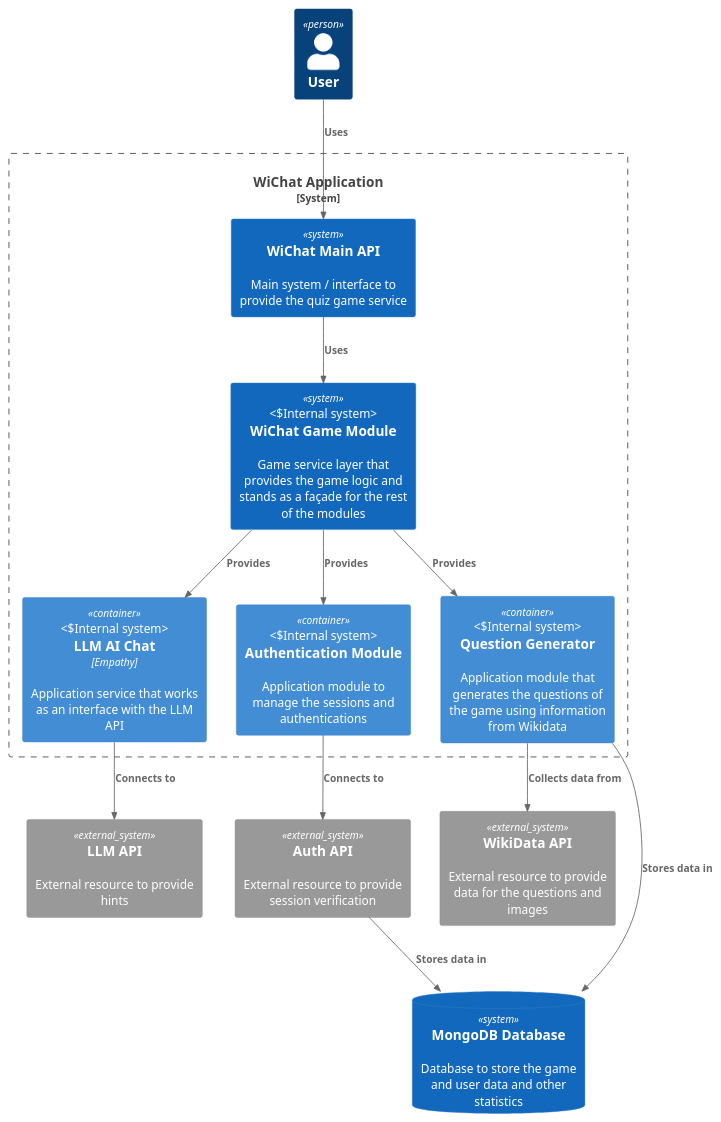
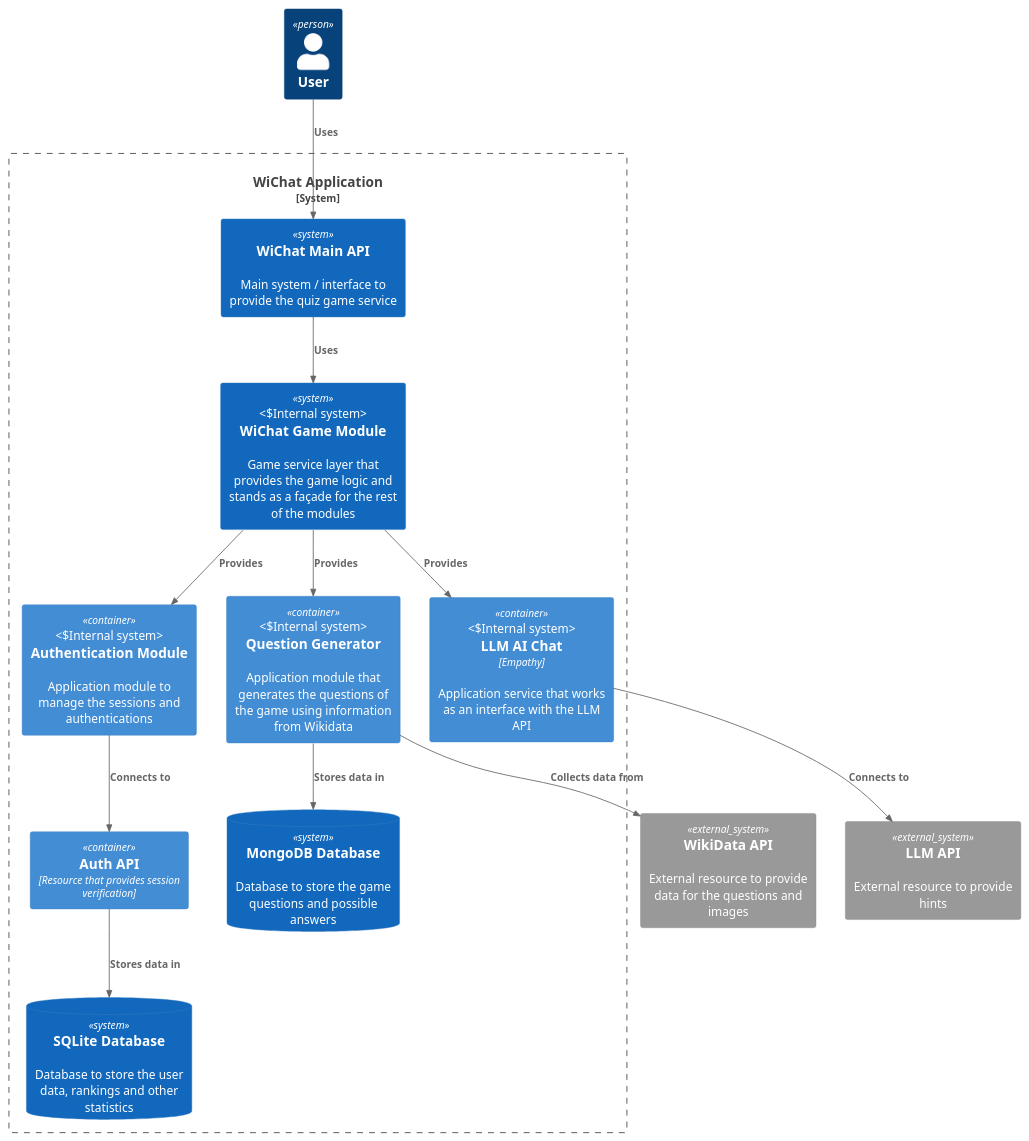
One commit to Arquisoft/wichat_en1a changed the diagram in docs/src/diagrams/S3_C4_Business_Context_Diagram.puml. Above: the diagram before and after it, drawn with PlantUML. The commit also changed 2 other files, not shown here.

```diff
--- a/docs/src/diagrams/S3_C4_Business_Context_Diagram.puml
+++ b/docs/src/diagrams/S3_C4_Business_Context_Diagram.puml
@@ -1,30 +1,31 @@
 @startuml C4_Business_Context_Diagram
 !include <C4/C4_Container>
 
 top to bottom direction
 
 Person(user, "User")
 System_Boundary(quizGame, "WiChat Application") {
     System(wichat, "WiChat Main API", "Main system / interface to provide the quiz game service")
     System(game, "WiChat Game Module", "Game service layer that provides the game logic and stands as a façade for the rest of the modules", "Internal system")
     Container(llmChat, "LLM AI Chat", "Empathy", "Application service that works as an interface with the LLM API", "Internal system")
     Container(auth, "Authentication Module", "", "Application module to manage the sessions and authentications", "Internal system")
     Container(questionGen, "Question Generator", "", "Application module that generates the questions of the game using information from Wikidata", "Internal system")
+    Container(authAPI, "Auth API", "Resource that provides session verification")
+    SystemDb(mongodb, "MongoDB Database", "Database to store the game questions and possible answers")
+    SystemDb(sqldb, "SQLite Database", "Database to store the user data, rankings and other statistics")    
 }
 System_Ext(wikidata, "WikiData API", "External resource to provide data for the questions and images")
 System_Ext(llm, "LLM API", "External resource to provide hints")
-System_Ext(authAPI, "Auth API", "External resource to provide session verification")
-SystemDb(db, "MongoDB Database", "Database to store the game and user data and other statistics")
 
 Rel(user, wichat, "Uses")
 Rel(wichat, game, "Uses")
 Rel(game, llmChat, "Provides")
 Rel(game, auth, "Provides")
 Rel(game, questionGen, "Provides")
 Rel(llmChat, llm, "Connects to")
 Rel(auth, authAPI, "Connects to")
-Rel(authAPI, db, "Stores data in")
-Rel(questionGen, db, "Stores data in")
+Rel(authAPI, sqldb, "Stores data in")
+Rel(questionGen, mongodb, "Stores data in")
 Rel(questionGen, wikidata, "Collects data from")
 
 @enduml
```
